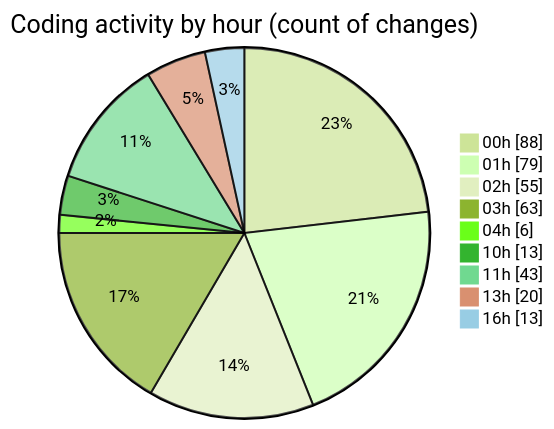
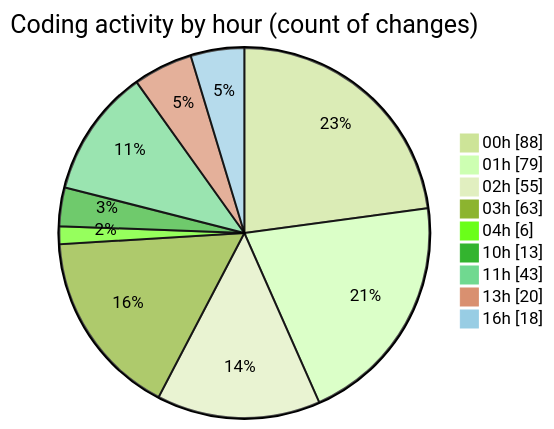
One commit to lephambinh05/code-tracking changed the second of 2 diagrams in 2025-08-16/rentotp/README.md. Above: the diagram before and after it, drawn with Mermaid (forest theme). The commit also changed other lines of this file and 1 other file, not shown here.

````diff
--- a/2025-08-16/rentotp/README.md
+++ b/2025-08-16/rentotp/README.md
@@ -92,13 +94,13 @@
 ```mermaid
 pie showData
 title Coding activity by hour (count of changes)
 "00h" : 88
 "01h" : 79
 "02h" : 55
 "03h" : 63
 "04h" : 6
 "10h" : 13
 "11h" : 43
 "13h" : 20
-"16h" : 13
+"16h" : 18
 ```
````
